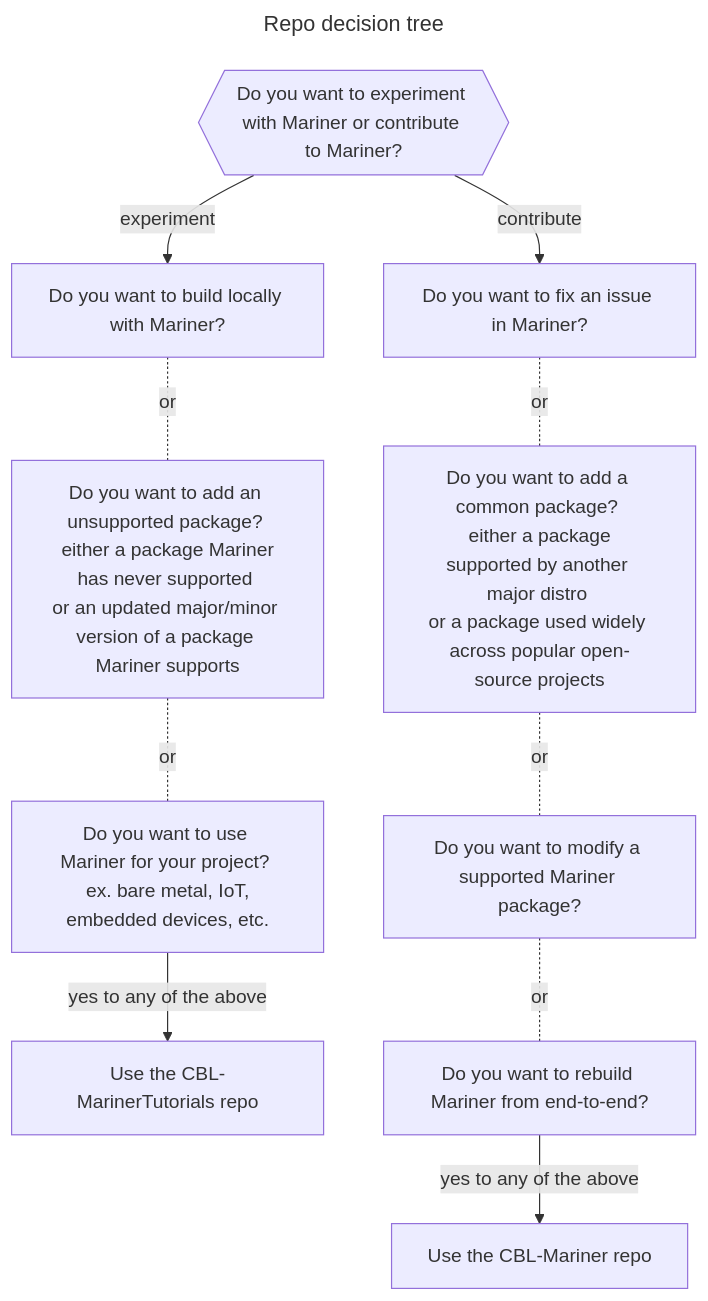
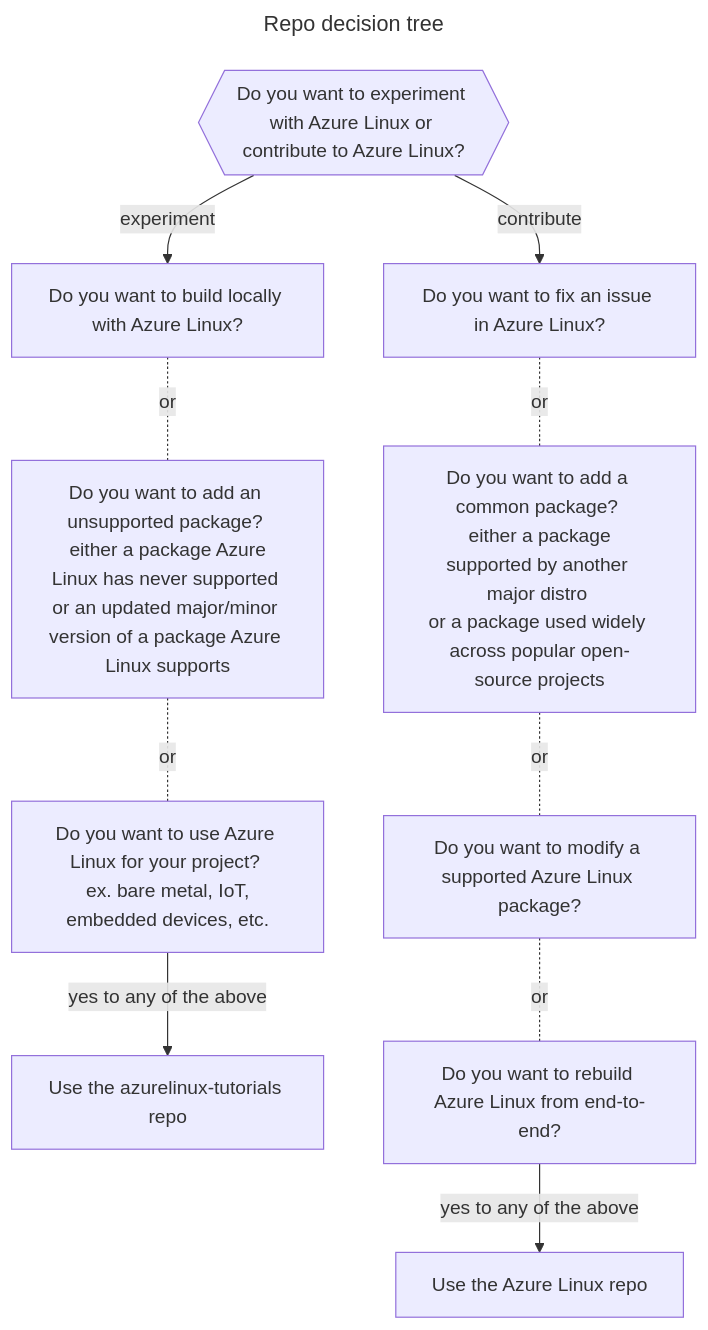
One commit to microsoft/azurelinux-tutorials changed the diagram in README.md. Above: the diagram before and after it, drawn with Mermaid. The commit also changed other lines of this file and 2 other files, not shown here.

Commit message:
Update README.md and build-in-container files

````diff
--- a/README.md
+++ b/README.md
@@ -10,29 +10,29 @@
 ```mermaid
 ---
 title: Repo decision tree
 ---
 flowchart TD
-    id1{{Do you want to experiment with Mariner or contribute to Mariner?}}
+    id1{{Do you want to experiment with Azure Linux or contribute to Azure Linux?}}
 
-    id2A[Do you want to build locally with Mariner?]
-    id2B[Do you want to add an unsupported package? \n either a package Mariner has never supported \nor an updated major/minor version of a package Mariner supports]
-    id2C[Do you want to use Mariner for your project? \n ex. bare metal, IoT, embedded devices, etc.]
-    id2D[Use the CBL-MarinerTutorials repo]
+    id2A[Do you want to build locally with Azure Linux?]
+    id2B[Do you want to add an unsupported package? \n either a package Azure Linux has never supported \nor an updated major/minor version of a package Azure Linux supports]
+    id2C[Do you want to use Azure Linux for your project? \n ex. bare metal, IoT, embedded devices, etc.]
+    id2D[Use the azurelinux-tutorials repo]
     id1 -->|experiment| id2A
     id2A -.-|or| id2B
     id2B -.-|or| id2C
     id2C -->|yes to any of the above| id2D
     
 
-    id3[Do you want to fix an issue in Mariner?]
+    id3[Do you want to fix an issue in Azure Linux?]
     id3B[Do you want to add a common package? \n either a package supported by another major distro \nor a package used widely across popular open-source projects]
-    id3C[Do you want to modify a supported Mariner package?]
-    id3D[Do you want to rebuild Mariner from end-to-end?]
-    id3E[Use the CBL-Mariner repo]
+    id3C[Do you want to modify a supported Azure Linux package?]
+    id3D[Do you want to rebuild Azure Linux from end-to-end?]
+    id3E[Use the Azure Linux repo]
     id1 --> |contribute|id3
     id3 -.-|or| id3B
     id3B -.-|or| id3C
     id3C -.-|or| id3D
     id3D-->|yes to any of the above|id3E
 
 ```
````
